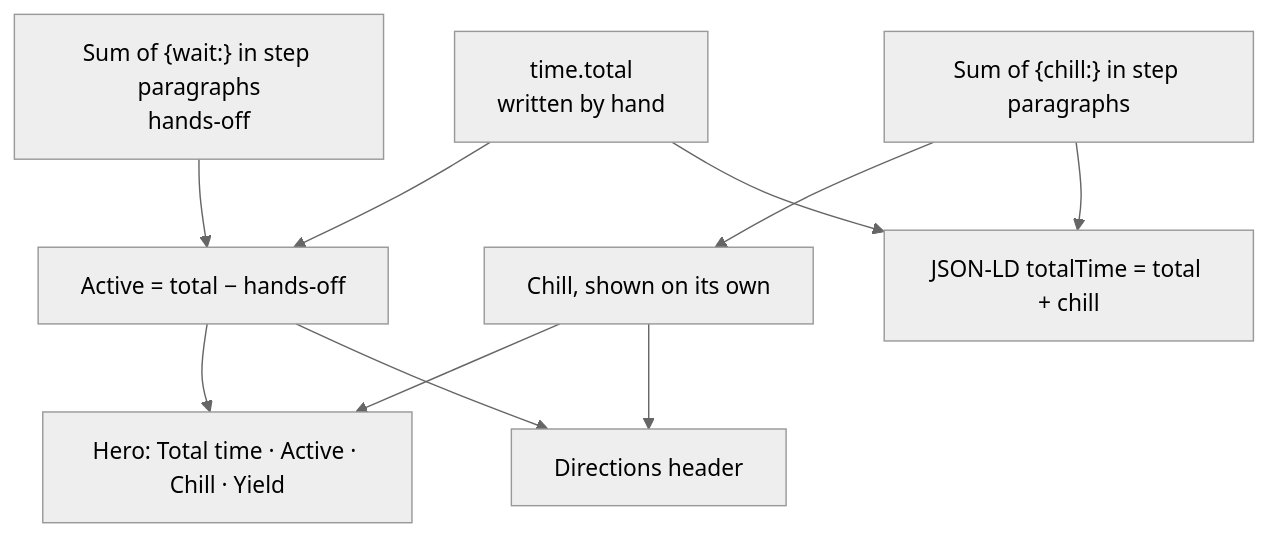
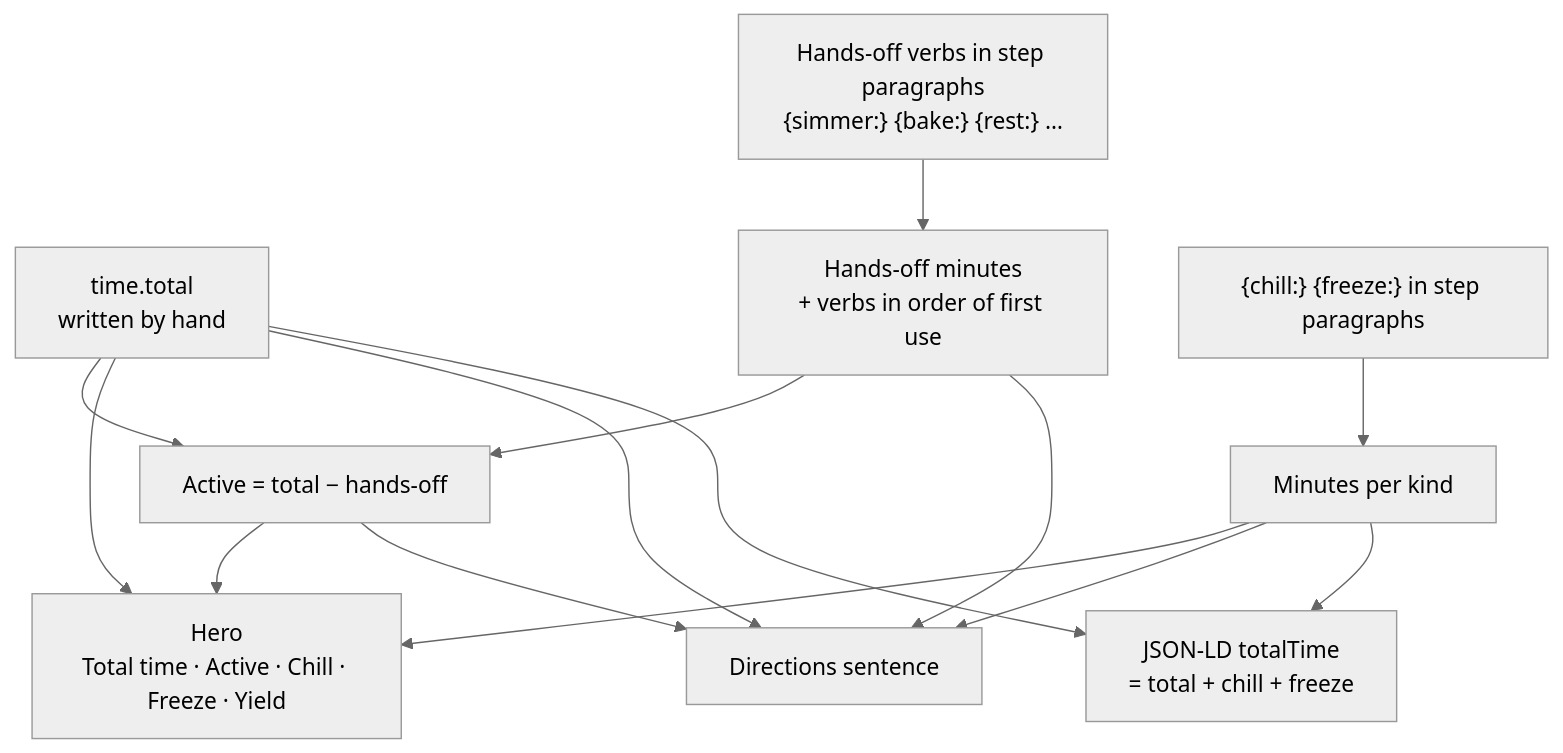
One commit to pschonfeld/soowee changed the third of 3 diagrams in docs/recipe-model.md. Above: the diagram before and after it, drawn with Mermaid (neutral theme). The commit also changed other lines of this file and 14 other files, not shown here.

First line of the commit message:
Name hands-off time and describe recipe time in one generated sentence

````diff
--- a/docs/recipe-model.md
+++ b/docs/recipe-model.md
@@ -235,12 +272,16 @@
 ```mermaid
 flowchart TD
-  total["time.total<br/>written by hand"] --> active
-  wait["Sum of {wait:} in step paragraphs<br/>hands-off"] --> active["Active = total − hands-off"]
-  chill["Sum of {chill:} in step paragraphs"] --> chillOut["Chill, shown on its own"]
-  total --> ld["JSON-LD totalTime = total + chill"]
-  chill --> ld
-  active --> hero
-  chillOut --> hero["Hero: Total time · Active · Chill · Yield"]
-  active --> sub["Directions header"]
-  chillOut --> sub
+  total["time.total<br/>written by hand"] --> active["Active = total − hands-off"]
+  off["Hands-off verbs in step paragraphs<br/>{simmer:} {bake:} {rest:} …"] --> handsoff["Hands-off minutes<br/>+ verbs in order of first use"]
+  handsoff --> active
+  after["{chill:} {freeze:} in step paragraphs"] --> afterOut["Minutes per kind"]
+  active --> hero["Hero<br/>Total time · Active · Chill · Freeze · Yield"]
+  afterOut --> hero
+  total --> hero
+  total --> sentence["Directions sentence"]
+  active --> sentence
+  handsoff --> sentence
+  afterOut --> sentence
+  total --> ld["JSON-LD totalTime<br/>= total + chill + freeze"]
+  afterOut --> ld
 ```
````
